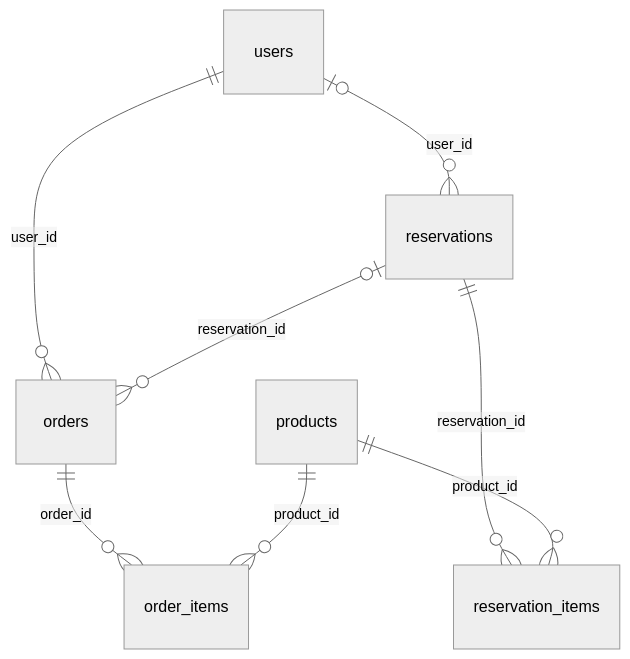
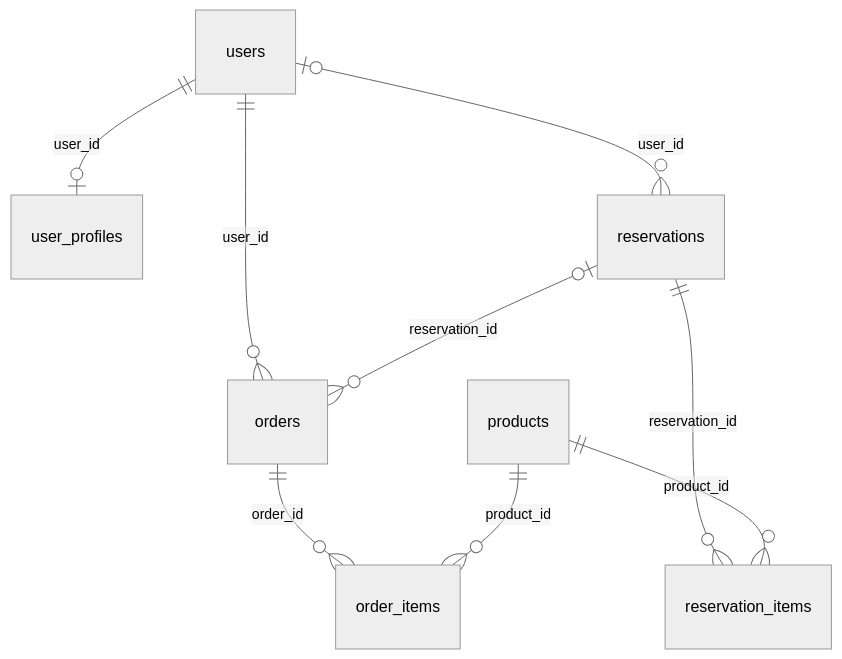
One commit to soyoun9176/bbang-palja changed the diagram in docs/DATABASE.md. Above: the diagram before and after it, drawn with Mermaid (neutral theme). The commit also changed other lines of this file and 21 other files, not shown here.

````diff
--- a/docs/DATABASE.md
+++ b/docs/DATABASE.md
@@ -44,10 +49,11 @@
 ```mermaid
 erDiagram
     users ||--o{ orders : user_id
+    users ||--o| user_profiles : user_id
     users o|--o{ reservations : user_id
     reservations o|--o{ orders : reservation_id
     reservations ||--o{ reservation_items : reservation_id
     products ||--o{ reservation_items : product_id
     orders ||--o{ order_items : order_id
     products ||--o{ order_items : product_id
 ```
````
